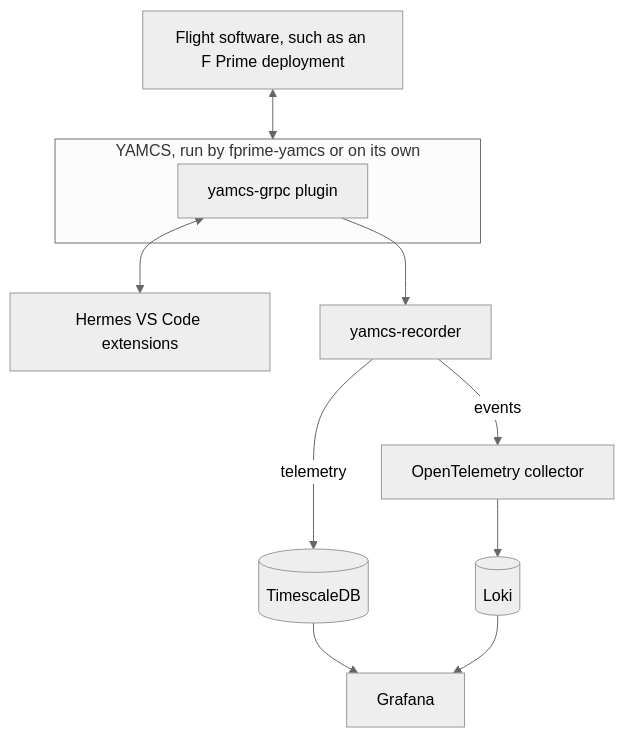
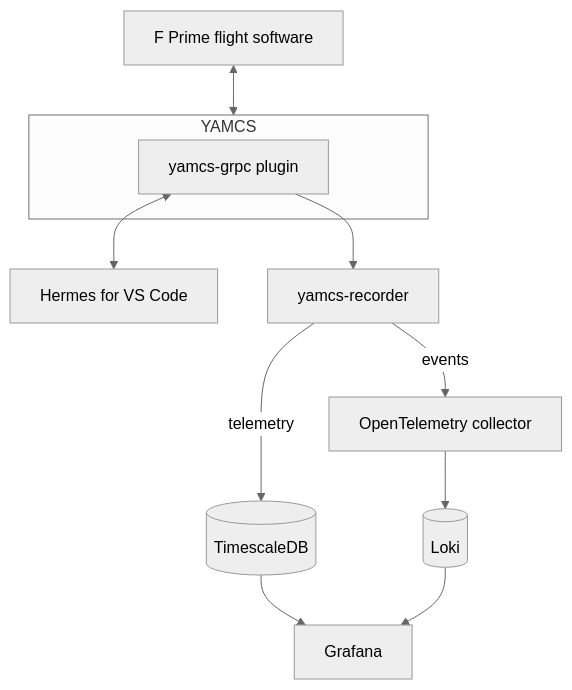
The diagram in README.md (nasa/hermes), drawn with Mermaid (neutral theme) before and after one commit. The commit also changed 1 other file, not shown here.

Commit message:
[docs] Use the README's clean parts diagram on the home page
- Replace the home page's diagram with the one-line-label version
- Restore the README diagram's short labels

````diff
--- a/README.md
+++ b/README.md
@@ -28,24 +28,24 @@
 ```mermaid
 flowchart TB
-    fsw["Flight software, such as an F Prime deployment"]
+    fsw["F Prime flight software"]
 
-    subgraph yamcs ["YAMCS, run by fprime-yamcs or on its own"]
+    subgraph yamcs ["YAMCS"]
         grpc["yamcs-grpc plugin"]
     end
 
-    vsc["Hermes VS Code extensions"]
+    vsc["Hermes for VS Code"]
     rec["yamcs-recorder"]
     ts[("TimescaleDB")]
     otel["OpenTelemetry collector"]
     loki[("Loki")]
     graf["Grafana"]
 
     fsw <--> yamcs
     grpc <--> vsc
     grpc --> rec
     rec -->|"telemetry"| ts
     rec -->|"events"| otel
     otel --> loki
     ts --> graf
     loki --> graf
 ```
````
